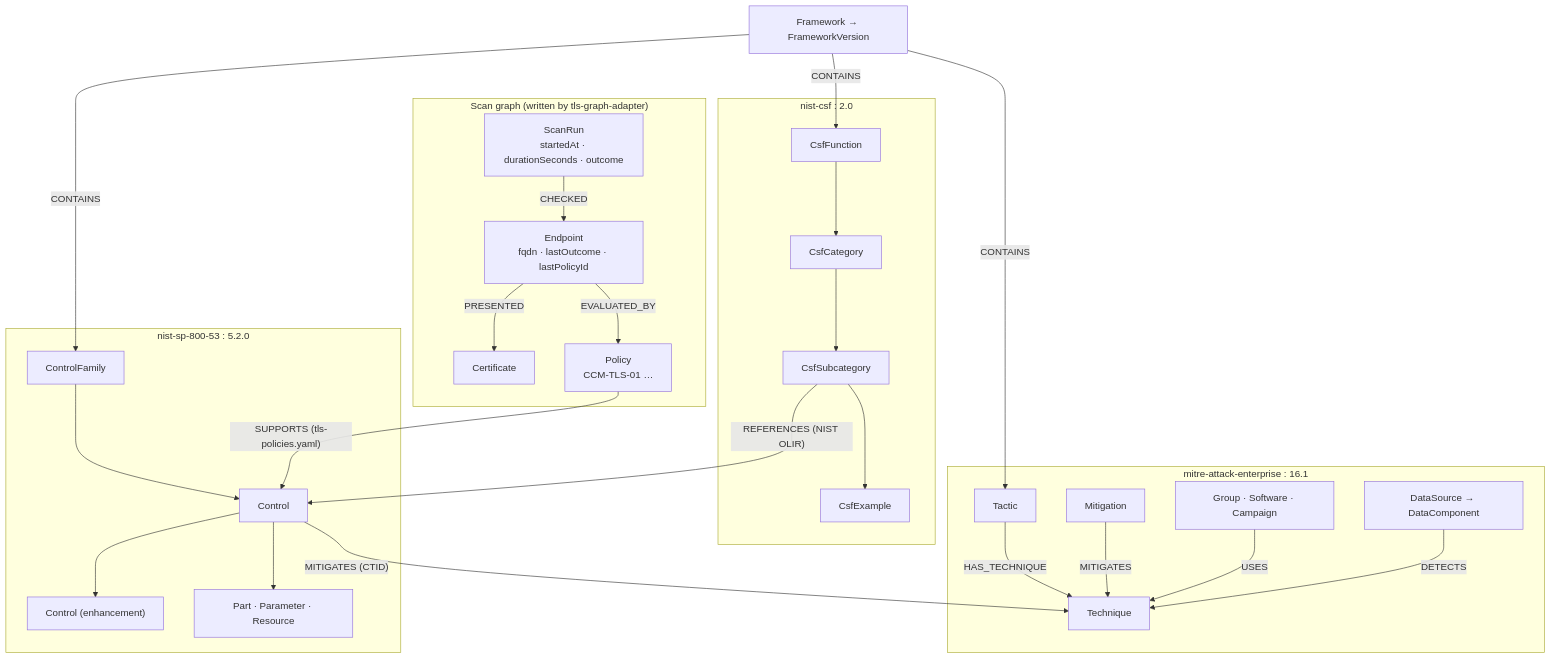
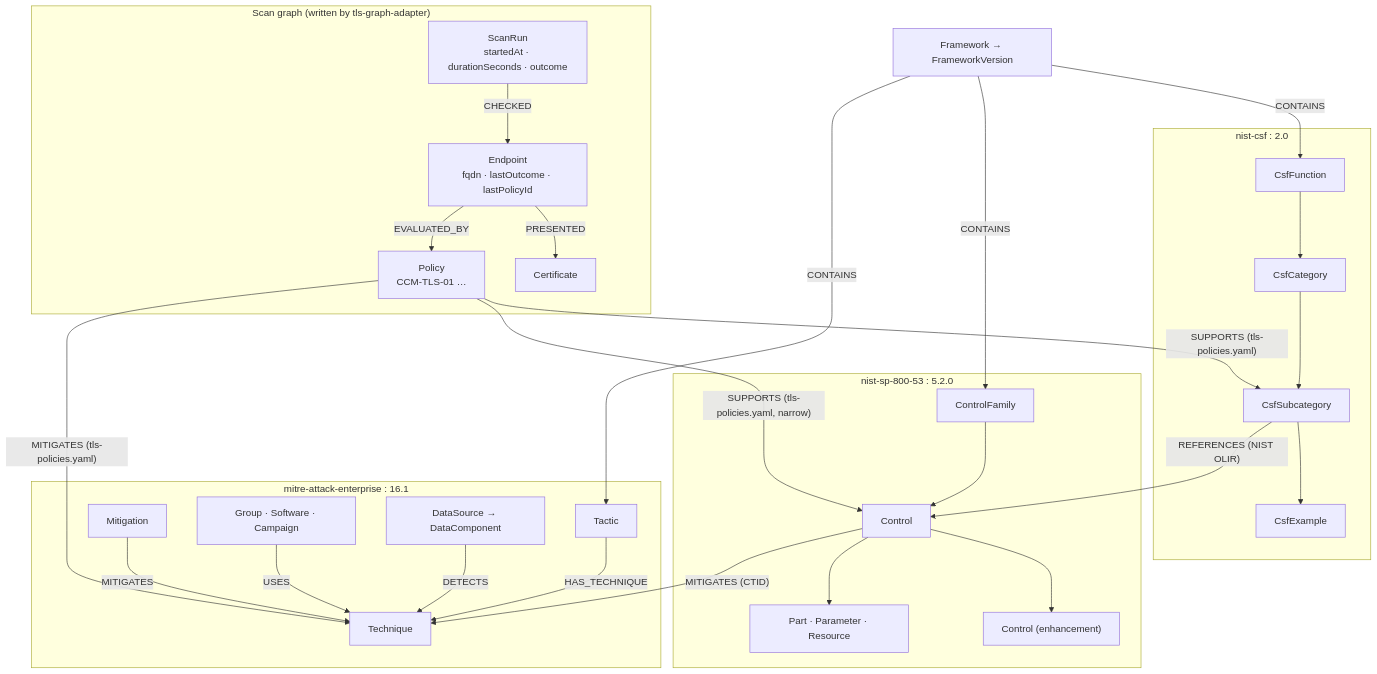
Before and after one commit to mthorley/ccm: the second of 2 diagrams in README.md, drawn with Mermaid. The commit also changed other lines of this file and 17 other files, not shown here.

````diff
--- a/README.md
+++ b/README.md
@@ -151,31 +151,33 @@
 ```mermaid
 flowchart TB
     subgraph scan["Scan graph (written by tls-graph-adapter)"]
         run["ScanRun<br/>startedAt · durationSeconds · outcome"]
         ep["Endpoint<br/>fqdn · lastOutcome · lastPolicyId"]
         cert["Certificate"]
         pol["Policy<br/>CCM-TLS-01 …"]
         run -- CHECKED --> ep
         ep -- PRESENTED --> cert
         ep -- EVALUATED_BY --> pol
     end
     subgraph csf["nist-csf : 2.0"]
         fn["CsfFunction"] --> cat["CsfCategory"] --> sub["CsfSubcategory"] --> ex["CsfExample"]
     end
     subgraph sp["nist-sp-800-53 : 5.2.0"]
         fam["ControlFamily"] --> ctl["Control"] --> enh["Control (enhancement)"]
         ctl --> part["Part · Parameter · Resource"]
     end
     subgraph attack["mitre-attack-enterprise : 16.1"]
         tac["Tactic"] -- HAS_TECHNIQUE --> tech["Technique"]
         mit["Mitigation"] -- MITIGATES --> tech
         grp["Group · Software · Campaign"] -- USES --> tech
         dc["DataSource → DataComponent"] -- DETECTS --> tech
     end
     fw["Framework → FrameworkVersion"] -- CONTAINS --> fn
     fw -- CONTAINS --> fam
     fw -- CONTAINS --> tac
-    pol -- "SUPPORTS (tls-policies.yaml)" --> ctl
+    pol -- "SUPPORTS (tls-policies.yaml)" --> sub
+    pol -- "SUPPORTS (tls-policies.yaml, narrow)" --> ctl
+    pol -- "MITIGATES (tls-policies.yaml)" --> tech
     sub -- "REFERENCES (NIST OLIR)" --> ctl
     ctl -- "MITIGATES (CTID)" --> tech
 ```
````
